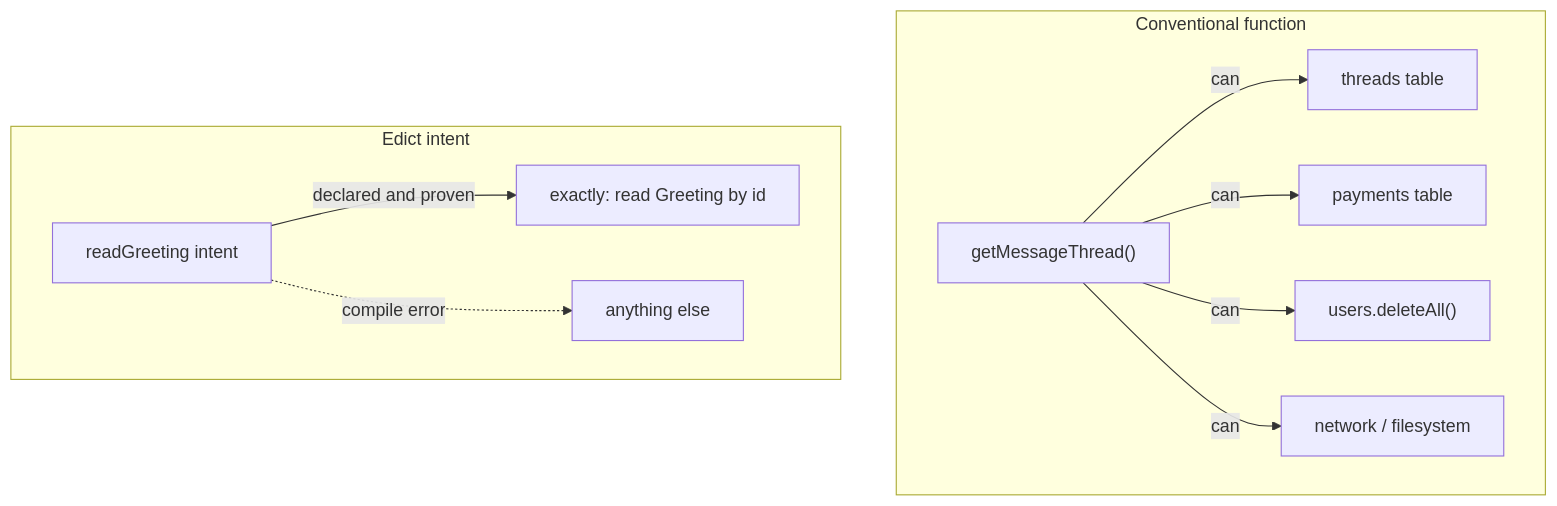
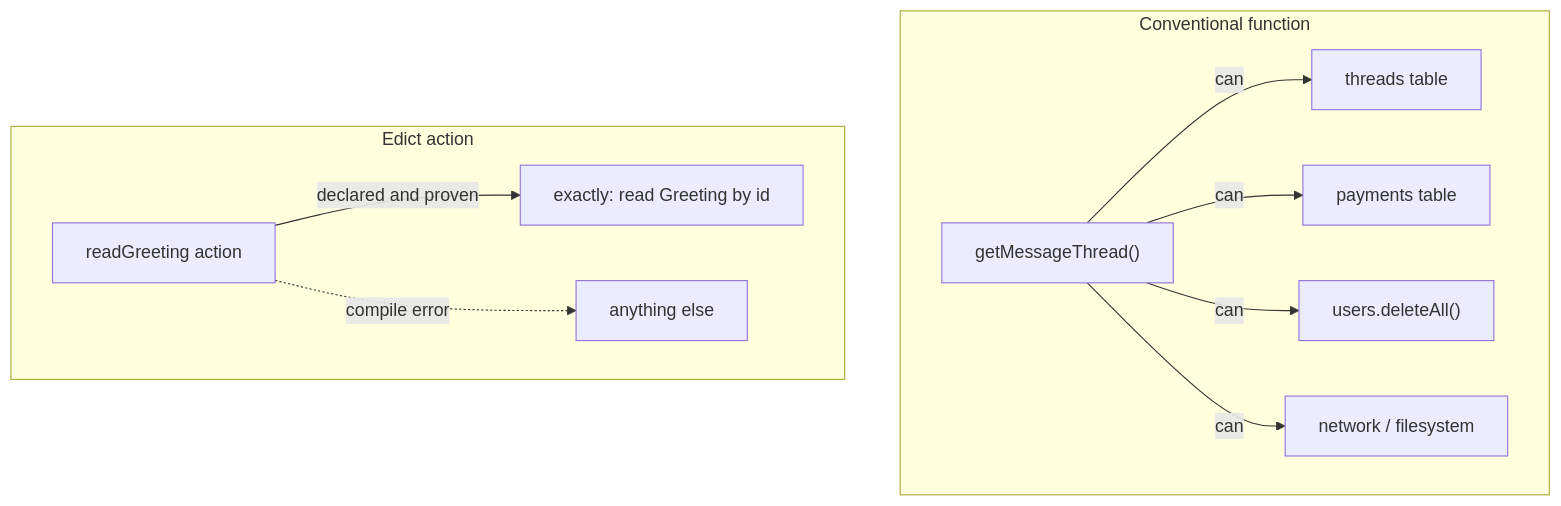
The fourth of 15 diagrams in EDICT.md (flyingrobots/edict), drawn with Mermaid before and after one commit. The commit also changed other lines of this file and 107 other files, not shown here.

First line of the commit message:
Refactor: Rename Intent to Action workspace-wide

````diff
--- a/EDICT.md
+++ b/EDICT.md
@@ -387,13 +387,13 @@
 ```mermaid
 flowchart TD
     subgraph Conventional["Conventional function"]
         F["getMessageThread()"] -->|can| T1["threads table"]
         F -->|can| T2["payments table"]
         F -->|can| T3["users.deleteAll()"]
         F -->|can| T4["network / filesystem"]
     end
-    subgraph EdictWorld["Edict intent"]
-        I["readGreeting intent"] -->|declared and proven| A["exactly: read Greeting by id"]
+    subgraph EdictWorld["Edict action"]
+        I["readGreeting action"] -->|declared and proven| A["exactly: read Greeting by id"]
         I -.->|compile error| X["anything else"]
     end
 ```
````
